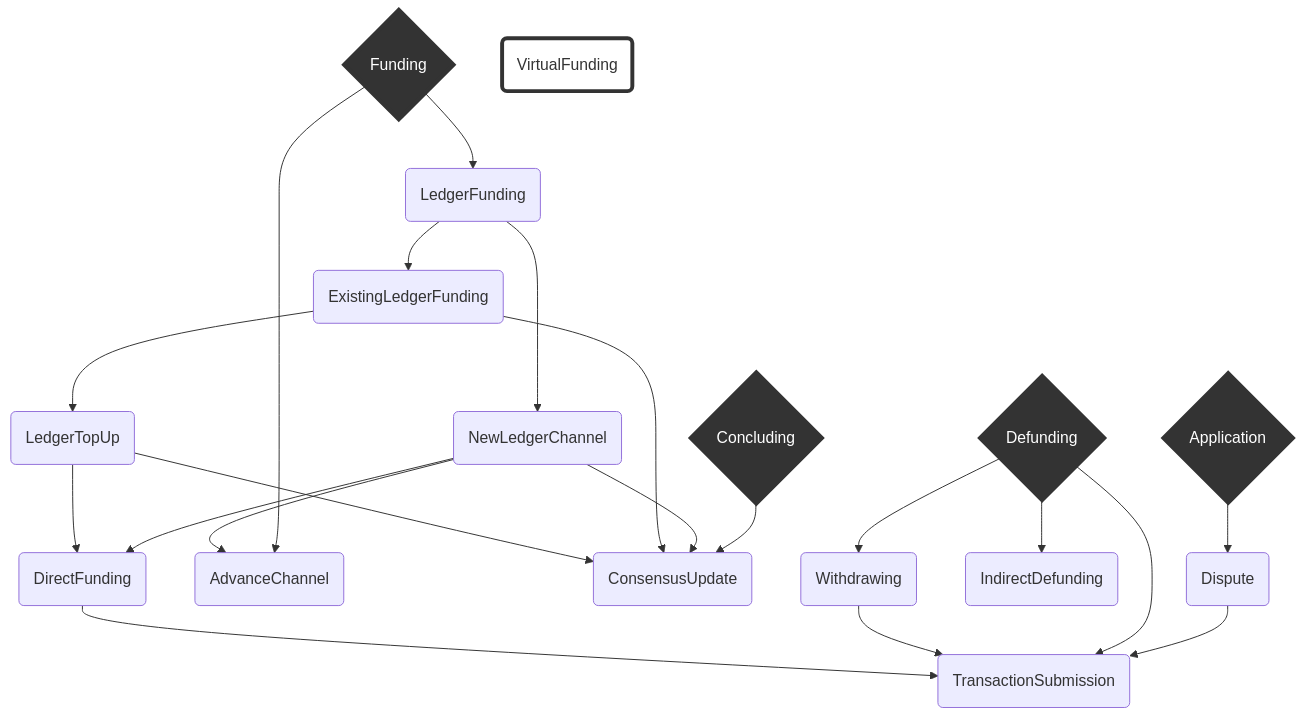
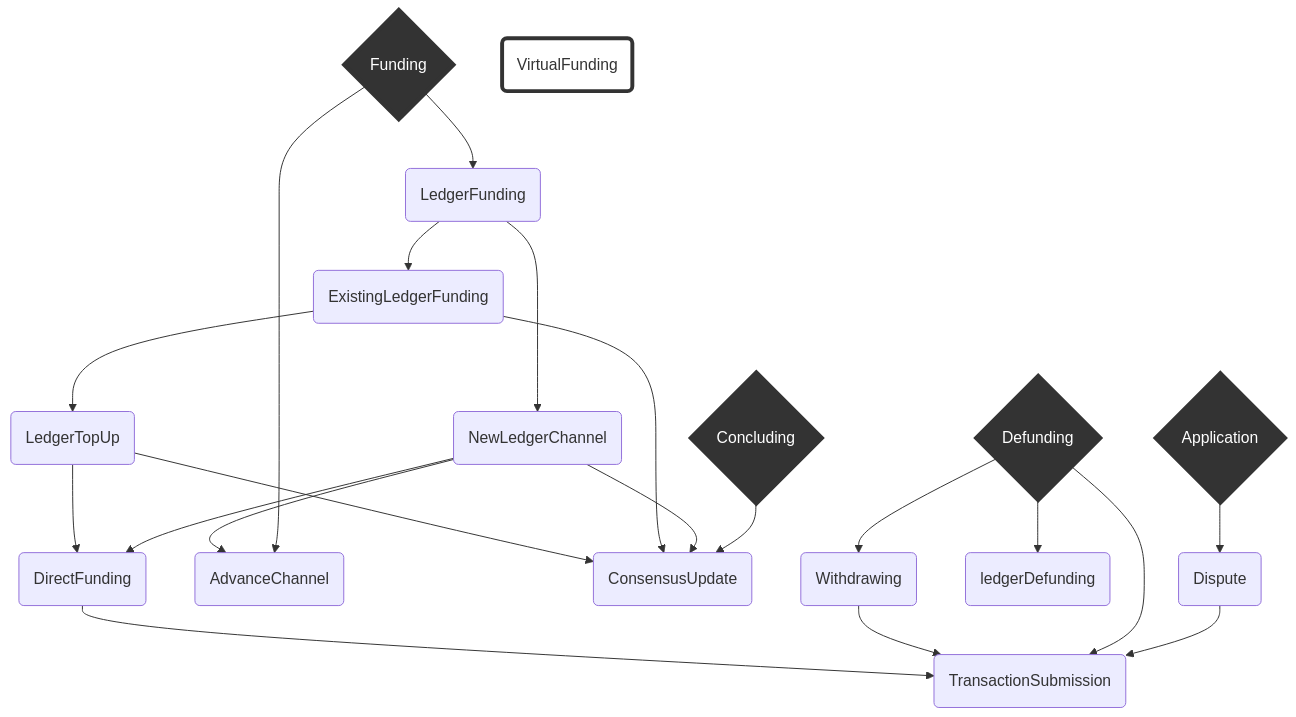
Before and after one commit to statechannels/statechannels: the diagram in packages/rps/packages/wallet/notes/index.md, drawn with Mermaid. The commit also changed 69 other files, not shown here.

````diff
--- a/packages/rps/packages/wallet/notes/index.md
+++ b/packages/rps/packages/wallet/notes/index.md
@@ -31,48 +31,48 @@
 ```mermaid
 graph TD
   linkStyle default interpolate basis
 
     A{Application}--> D
     F{Funding}--> idF(LedgerFunding)
     F --> AC(AdvanceChannel)
     D(Dispute)--> TS
 
 
     C{Concluding}-->CU(ConsensusUpdate)
 
     idF -->  ELF(ExistingLedgerFunding)
     idF --> NLC(NewLedgerChannel)
 
     NLC --> AC(AdvanceChannel)
     NLC --> DF
     NLC --> CU(ConsensusUpdate)
 
     ELF --> LTU(LedgerTopUp)
     ELF --> CU
     LTU --> CU
 
-    Df{Defunding}-->idDf(IndirectDefunding)
+    Df{Defunding}-->idDf(ledgerDefunding)
     Df-->W(Withdrawing)
 
     Df-->TS(TransactionSubmission)
 
     W-->TS
 
     AC(AdvanceChannel)
 
     LTU-->DF(DirectFunding)
 
     DF-->TS
 
 
     VF(VirtualFunding)
 
     classDef TopLevelProtocol stroke:#333,stroke-width:4px,color:#ffff,fill:#333;
 
     classDef OrphanProtocol stroke:#333,stroke-width:4px,fill:#0000;
 
     class A,F,C,Df TopLevelProtocol
     class VF OrphanProtocol
 
 
 ```
````
